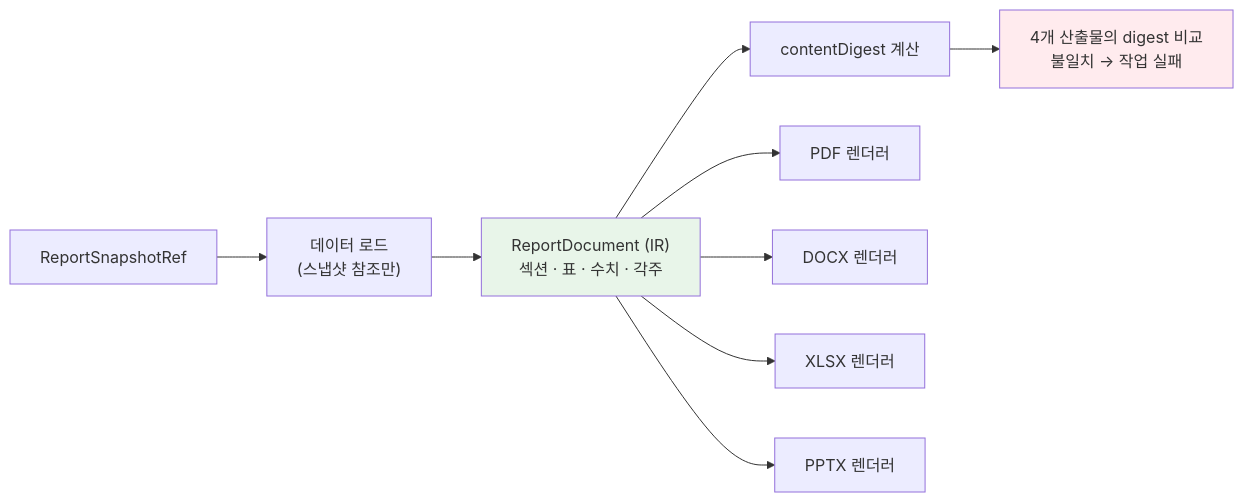
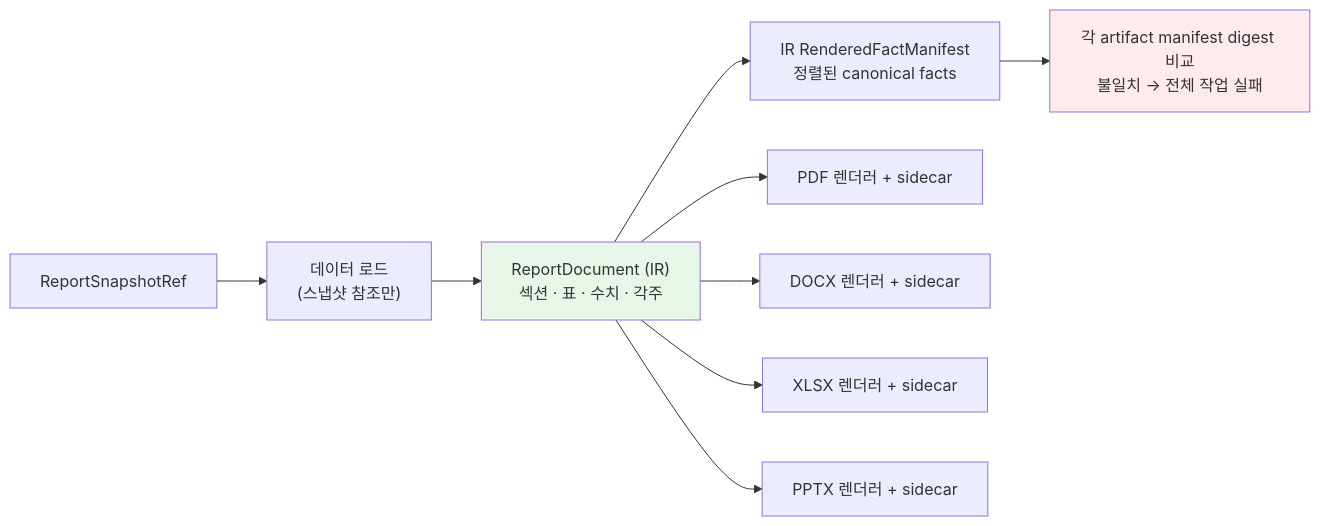
One commit to musclebreadbread-stack/AI-ESG-Twin-Exchange changed diagram 14 of 22 in .kiro/specs/ai-esg-twin-exchange/design.md. Above: the diagram before and after it, drawn with Mermaid. The commit also changed other lines of this file and 3 other files, not shown here.

First line of the commit message:
feat: implement Tasks 3.1–3.12 (DB schema) + Task 5.1 (Job queue port)

````diff
--- a/.kiro/specs/ai-esg-twin-exchange/design.md
+++ b/.kiro/specs/ai-esg-twin-exchange/design.md
@@ -4688,13 +4748,13 @@
 ```mermaid
 graph LR
     SNAP["ReportSnapshotRef"] --> LOAD["데이터 로드<br/>(스냅샷 참조만)"]
     LOAD --> IR["ReportDocument (IR)<br/>섹션 · 표 · 수치 · 각주"]
-    IR --> DIG["contentDigest 계산"]
-    IR --> PDF["PDF 렌더러"]
-    IR --> DOCX["DOCX 렌더러"]
-    IR --> XLSX["XLSX 렌더러"]
-    IR --> PPTX["PPTX 렌더러"]
-    DIG --> V["4개 산출물의 digest 비교<br/>불일치 → 작업 실패"]
+    IR --> IRM["IR RenderedFactManifest<br/>정렬된 canonical facts"]
+    IR --> PDF["PDF 렌더러 + sidecar"]
+    IR --> DOCX["DOCX 렌더러 + sidecar"]
+    IR --> XLSX["XLSX 렌더러 + sidecar"]
+    IR --> PPTX["PPTX 렌더러 + sidecar"]
+    IRM --> V["각 artifact manifest digest 비교<br/>불일치 → 전체 작업 실패"]
     style IR fill:#e8f5e9
     style V fill:#ffebee
 ```
````
